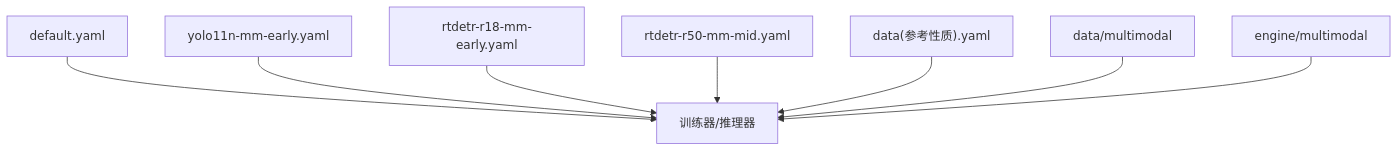
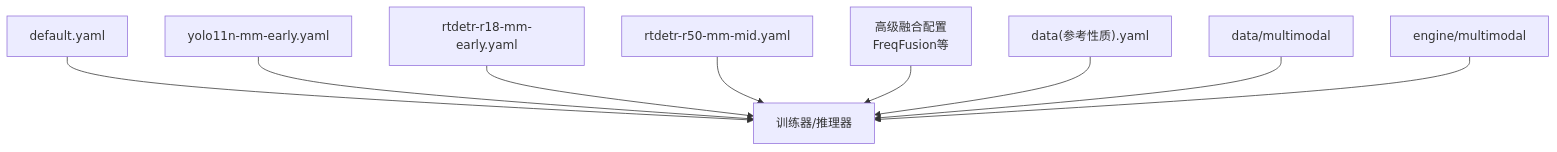
One commit to 2208754827/MM-IMPROVE changed the sixth of 6 diagrams in .qoder/repowiki/zh/content/模型配置与管理/模型配置与管理.md. Above: the diagram before and after it, drawn with Mermaid. The commit also changed other lines of this file and 1211 other files, not shown here.

````diff
--- a/.qoder/repowiki/zh/content/模型配置与管理/模型配置与管理.md
+++ b/.qoder/repowiki/zh/content/模型配置与管理/模型配置与管理.md
@@ -285,10 +341,11 @@
 ```mermaid
 graph TB
 DEF["default.yaml"] --> TR["训练器/推理器"]
 Y11["yolo11n-mm-early.yaml"] --> TR
 R18["rtdetr-r18-mm-early.yaml"] --> TR
 R50["rtdetr-r50-mm-mid.yaml"] --> TR
+R18_ADV["高级融合配置<br/>FreqFusion等"] --> TR
 DATA["data(参考性质).yaml"] --> TR
 MOD["data/multimodal"] --> TR
 ENG["engine/multimodal"] --> TR
 ```
````
